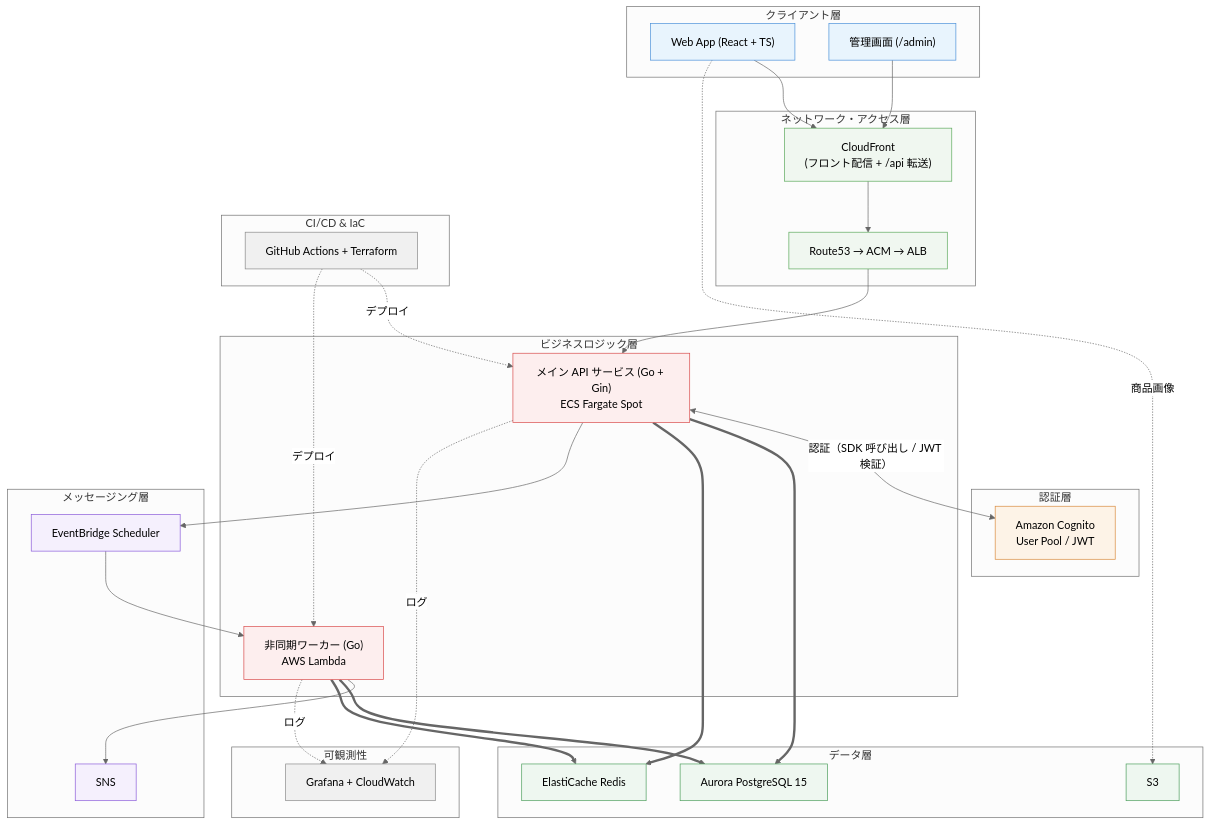
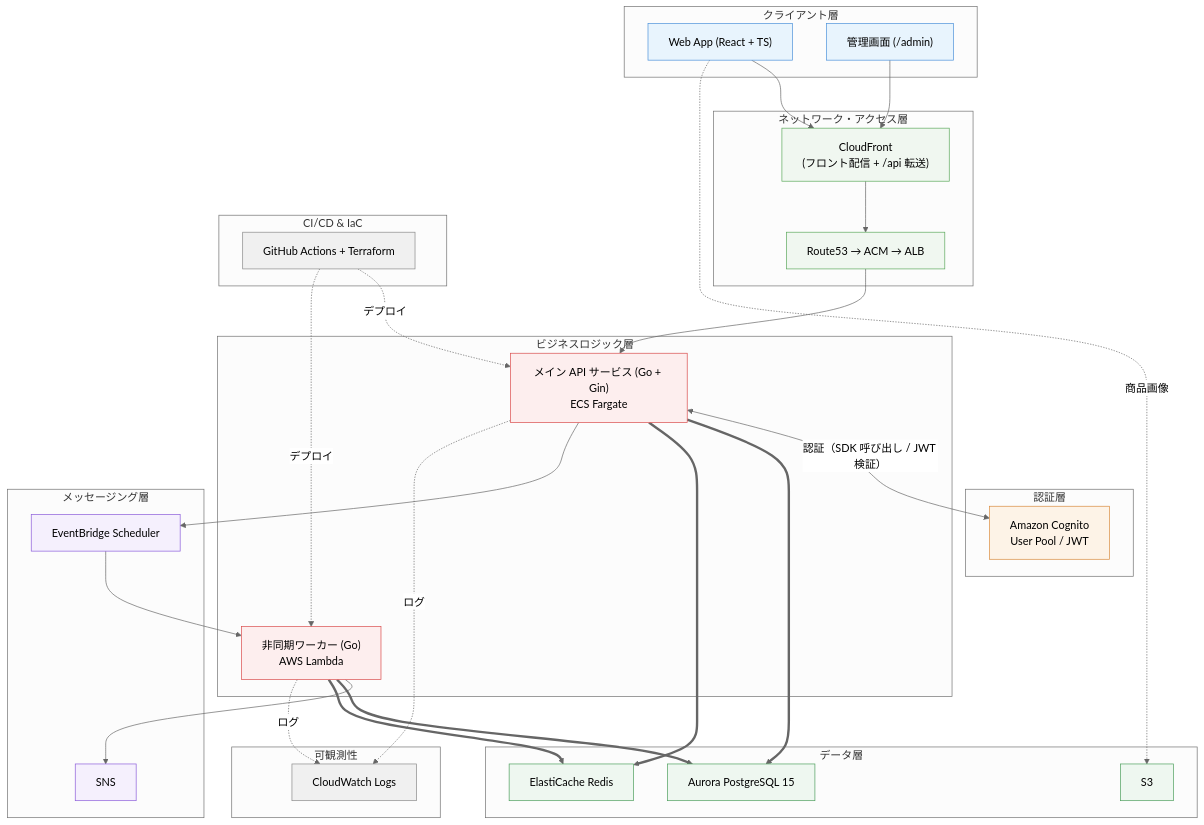
Before and after one commit to jessehub777/flashbuy: the diagram in README.md, drawn with Mermaid (neutral theme). The commit also changed other lines of this file and 1 other file, not shown here.

````diff
--- a/README.md
+++ b/README.md
@@ -11,82 +11,82 @@
 ```mermaid
 flowchart TB
     %% レイヤー配色
     classDef client fill:#e8f4fd,stroke:#4a90d9
     classDef net    fill:#f0f7f0,stroke:#5aa85a
     classDef auth   fill:#fdf3e7,stroke:#d98a3d
     classDef biz    fill:#fdeeee,stroke:#d94a4a
     classDef msg    fill:#f5f0fd,stroke:#8a5ad9
     classDef data   fill:#eef7f0,stroke:#4a9d5a
     classDef obs    fill:#f0f0f0,stroke:#888
     classDef cicd   fill:#f0f0f0,stroke:#888
 
     subgraph CL["クライアント層"]
         Web["Web App (React + TS)"]
         Console["管理画面 (/admin)"]
     end
 
     subgraph NW["ネットワーク・アクセス層"]
         Ingress["Route53 → ACM → ALB"]
         CF["CloudFront<br/>(フロント配信 + /api 転送)"]
     end
 
     subgraph AU["認証層"]
         Cognito["Amazon Cognito<br/>User Pool / JWT"]
     end
 
     subgraph BI["ビジネスロジック層"]
-        API["メイン API サービス (Go + Gin)<br/>ECS Fargate Spot"]
+        API["メイン API サービス (Go + Gin)<br/>ECS Fargate"]
         Worker["非同期ワーカー (Go)<br/>AWS Lambda"]
     end
 
     subgraph MG["メッセージング層"]
         EB["EventBridge Scheduler"]
         SNS["SNS"]
     end
 
     subgraph DT["データ層"]
         Aurora["Aurora PostgreSQL 15"]
         Redis["ElastiCache Redis"]
         S3["S3"]
     end
 
     subgraph OB["可観測性"]
-        CW["Grafana + CloudWatch"]
+        CW["CloudWatch Logs"]
     end
 
     subgraph CICD["CI/CD & IaC"]
         GH["GitHub Actions + Terraform"]
     end
 
     %% メインリクエスト経路（実線）
     Web --> CF
     Console --> CF
     CF --> Ingress
     Ingress --> API
     API <-->|認証（SDK 呼び出し / JWT 検証）| Cognito
     API ==> Aurora
     API ==> Redis
     Web -. 商品画像 .-> S3
 
     %% 非同期経路
     API --> EB
     EB --> Worker
     Worker --> SNS
     Worker ==> Aurora
     Worker ==> Redis
 
     %% 監視 / デプロイ
     API -. ログ .-> CW
     Worker -. ログ .-> CW
     GH -. デプロイ .-> API
     GH -. デプロイ .-> Worker
 
     class Web,Console client
     class Ingress,CF net
     class Cognito auth
     class API,Worker biz
     class EB,SNS msg
     class Aurora,Redis,S3 data
     class CW obs
     class GH cicd
 ```
````
